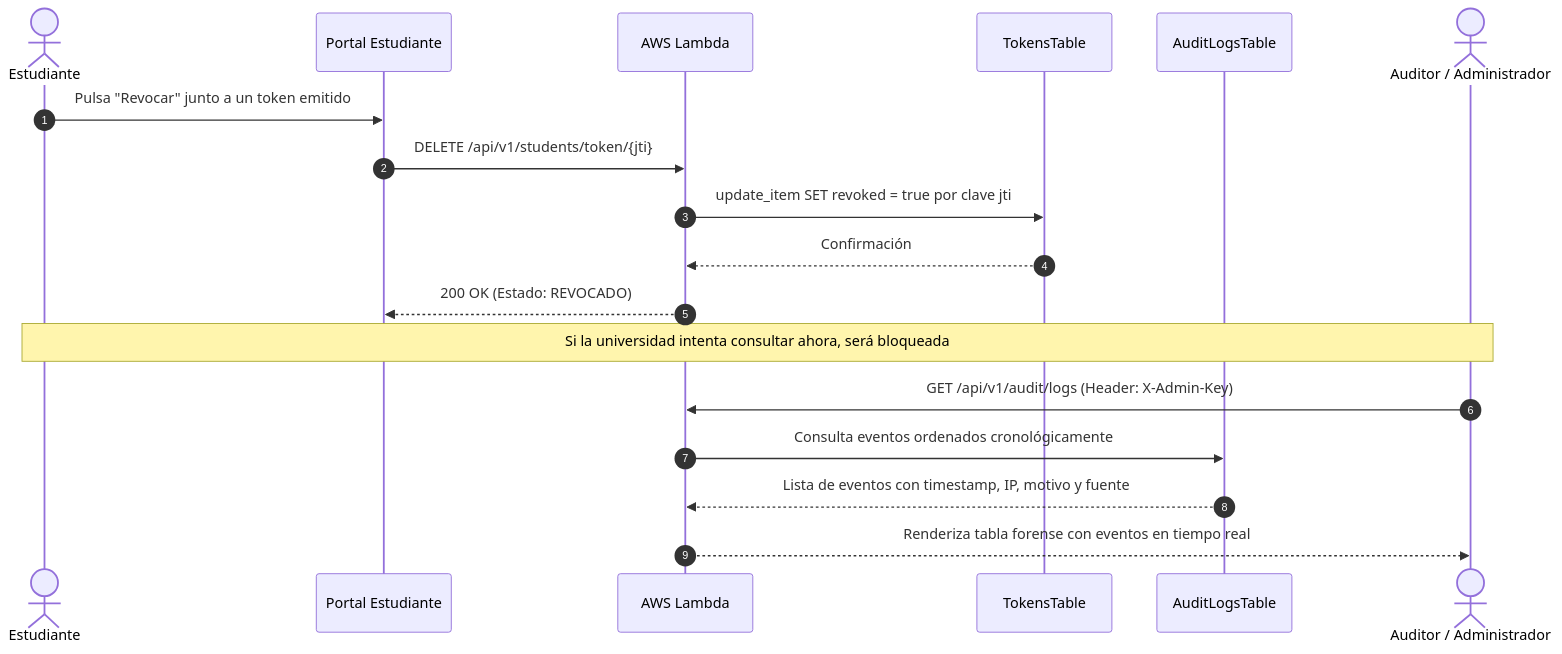
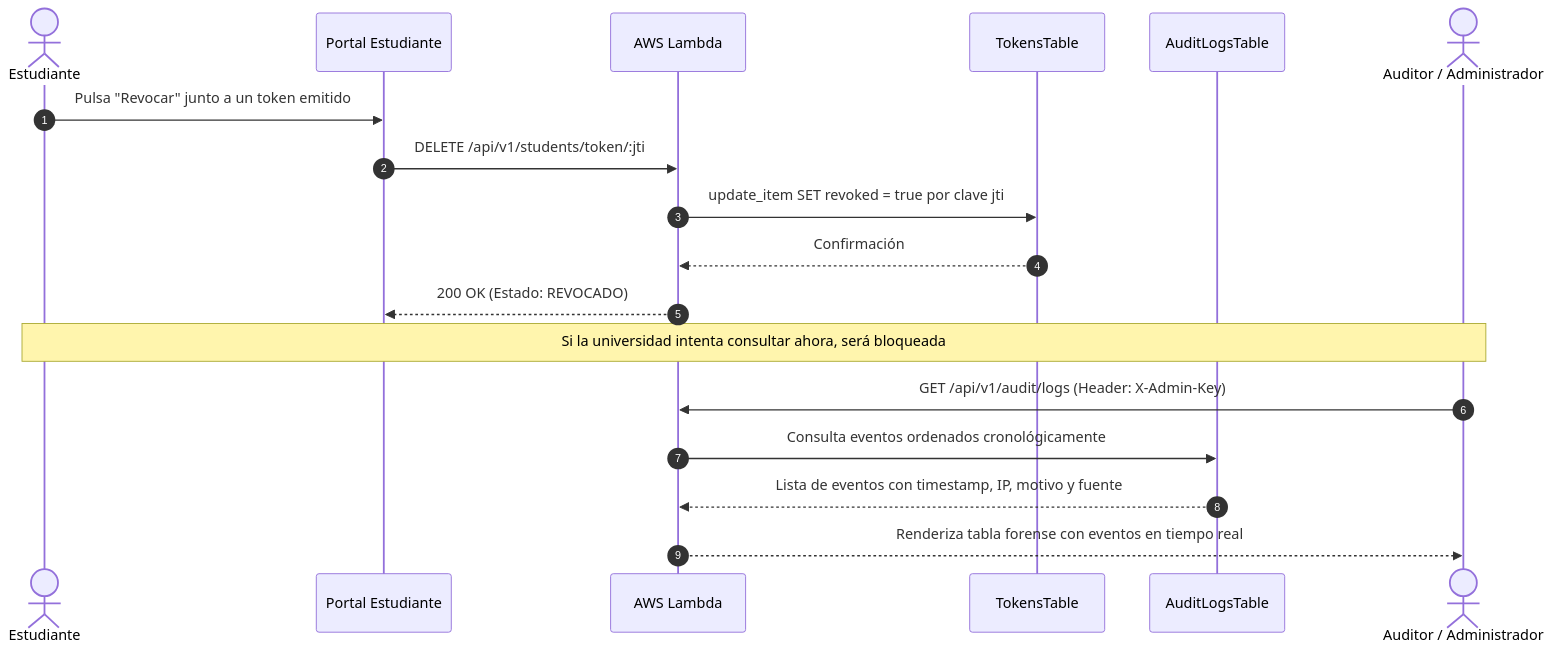
Diagram 19 of 19 in README.md (BrayanBMC/RFHA-IES_SD_TGS), drawn with Mermaid before and after one commit. The commit also changed other lines of this file, not shown here.

Commit message:
docs(readme): fix mermaid syntax in architecture and sequence diagrams for github rendering

````diff
--- a/README.md
+++ b/README.md
@@ -1695,21 +1708,21 @@
 ```mermaid
 sequenceDiagram
     autonumber
     actor S as Estudiante
     participant Web as Portal Estudiante
     participant LM as AWS Lambda
     participant Tok as TokensTable
     participant Aud as AuditLogsTable
     actor Admin as Auditor / Administrador
 
     S->>Web: Pulsa "Revocar" junto a un token emitido
-    Web->>LM: DELETE /api/v1/students/token/{jti}
+    Web->>LM: DELETE /api/v1/students/token/:jti
     LM->>Tok: update_item SET revoked = true por clave jti
     Tok-->>LM: Confirmación
     LM-->>Web: 200 OK (Estado: REVOCADO)
     Note over S,Admin: Si la universidad intenta consultar ahora, será bloqueada
     Admin->>LM: GET /api/v1/audit/logs (Header: X-Admin-Key)
     LM->>Aud: Consulta eventos ordenados cronológicamente
     Aud-->>LM: Lista de eventos con timestamp, IP, motivo y fuente
     LM-->>Admin: Renderiza tabla forense con eventos en tiempo real
 ```
````
